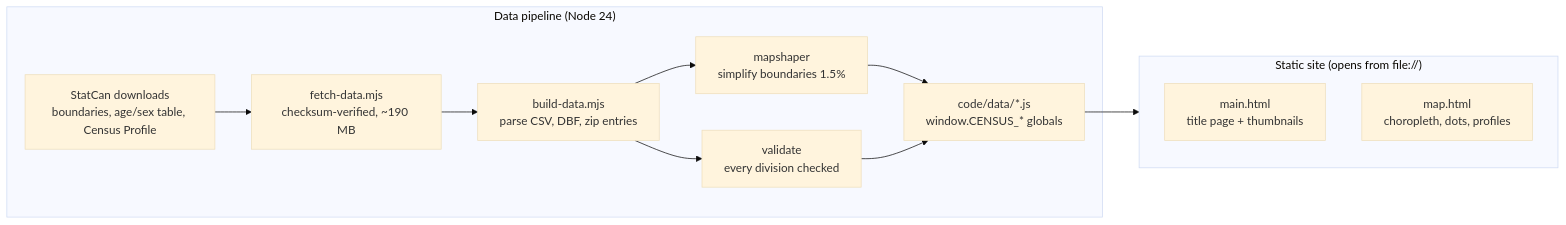
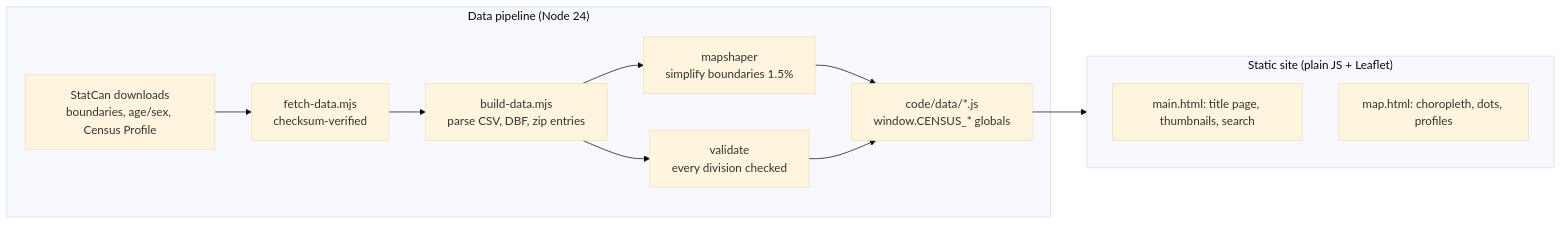
The diagram in README.md (caelwynder/Canadian-Census-Viewer), drawn with Mermaid (base theme) before and after one commit. The commit also changed other lines of this file and 2 other files, not shown here.

````diff
--- a/README.md
+++ b/README.md
@@ -31,16 +36,16 @@
 ```mermaid
 flowchart LR
   subgraph Offline["Data pipeline (Node 24)"]
-    A[StatCan downloads<br/>boundaries, age/sex table, Census Profile] --> B[fetch-data.mjs<br/>checksum-verified, ~190 MB]
+    A[StatCan downloads<br/>boundaries, age/sex, Census Profile] --> B[fetch-data.mjs<br/>checksum-verified]
     B --> C[build-data.mjs<br/>parse CSV, DBF, zip entries]
     C --> D[mapshaper<br/>simplify boundaries 1.5%]
     C --> E[validate<br/>every division checked]
     D --> F[code/data/*.js<br/>window.CENSUS_* globals]
     E --> F
   end
-  subgraph Web["Static site (opens from file://)"]
-    G[main.html<br/>title page + thumbnails]
-    H[map.html<br/>choropleth, dots, profiles]
+  subgraph Web["Static site (plain JS + Leaflet)"]
+    G["main.html: title page, thumbnails, search"]
+    H["map.html: choropleth, dots, profiles"]
   end
   F --> Web
 ```
````
